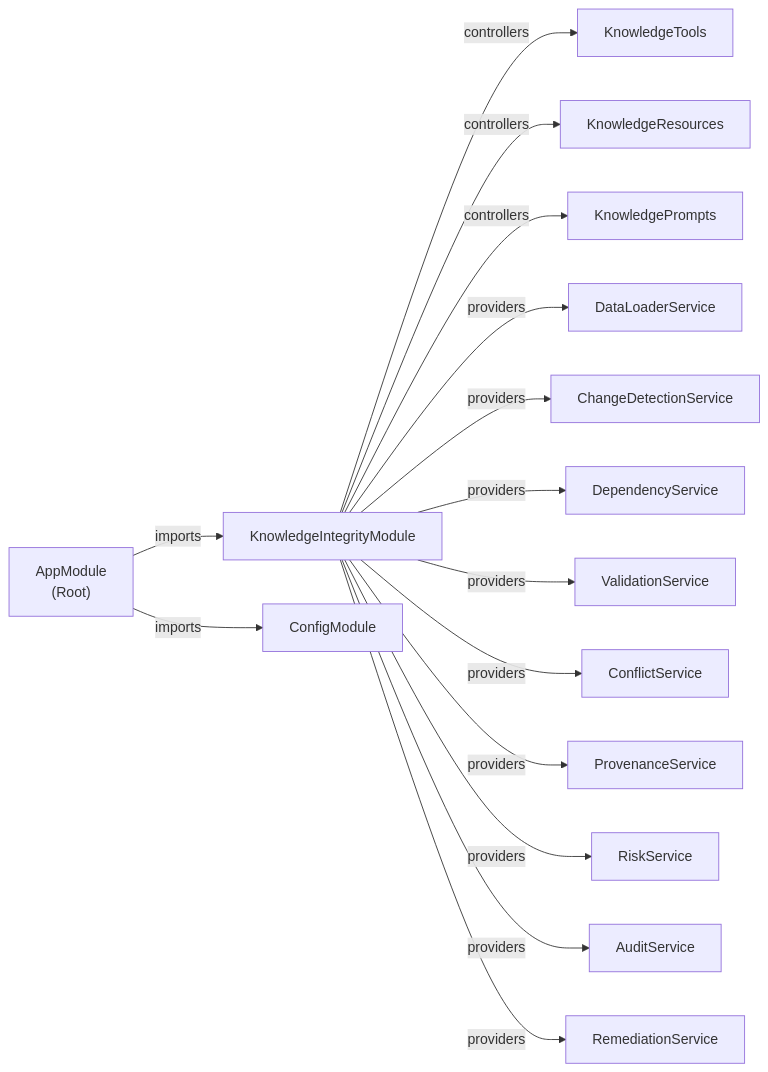
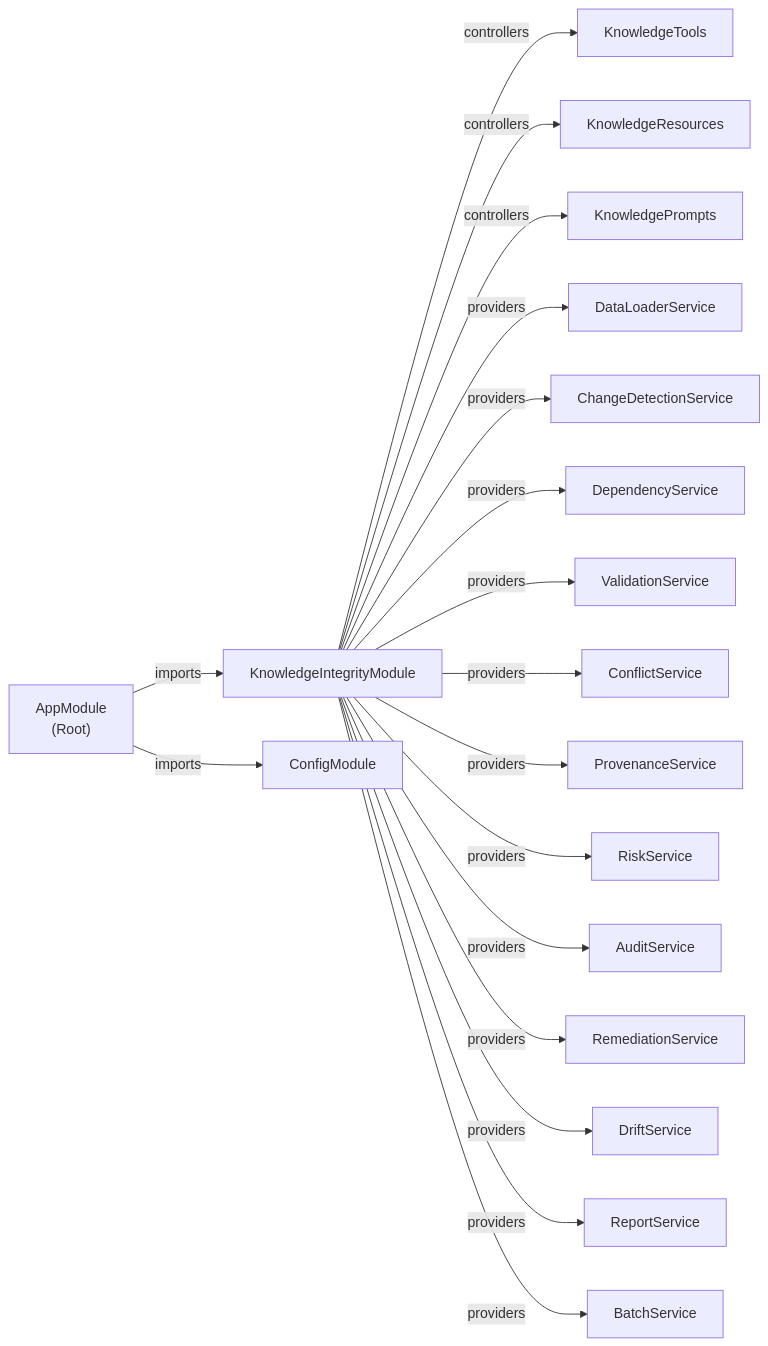
The second of 12 diagrams in README.md (Naveen77qwerty/nitrostack-hackathon), drawn with Mermaid before and after one commit. The commit also changed other lines of this file, not shown here.

````diff
--- a/README.md
+++ b/README.md
@@ -247,23 +263,26 @@
 ```mermaid
 graph LR
     AM["AppModule<br/>(Root)"]
     KIM["KnowledgeIntegrityModule"]
     CM["ConfigModule"]
     
     AM -->|"imports"| CM
     AM -->|"imports"| KIM
     
     KIM -->|"controllers"| KT["KnowledgeTools"]
     KIM -->|"controllers"| KR["KnowledgeResources"]
     KIM -->|"controllers"| KP["KnowledgePrompts"]
     
     KIM -->|"providers"| DL["DataLoaderService"]
     KIM -->|"providers"| CDS["ChangeDetectionService"]
     KIM -->|"providers"| DS["DependencyService"]
     KIM -->|"providers"| VS["ValidationService"]
     KIM -->|"providers"| CS["ConflictService"]
     KIM -->|"providers"| PS["ProvenanceService"]
     KIM -->|"providers"| RS["RiskService"]
     KIM -->|"providers"| AS["AuditService"]
     KIM -->|"providers"| RMS["RemediationService"]
+    KIM -->|"providers"| DFS["DriftService"]
+    KIM -->|"providers"| RPS["ReportService"]
+    KIM -->|"providers"| BTS["BatchService"]
 ```
````
